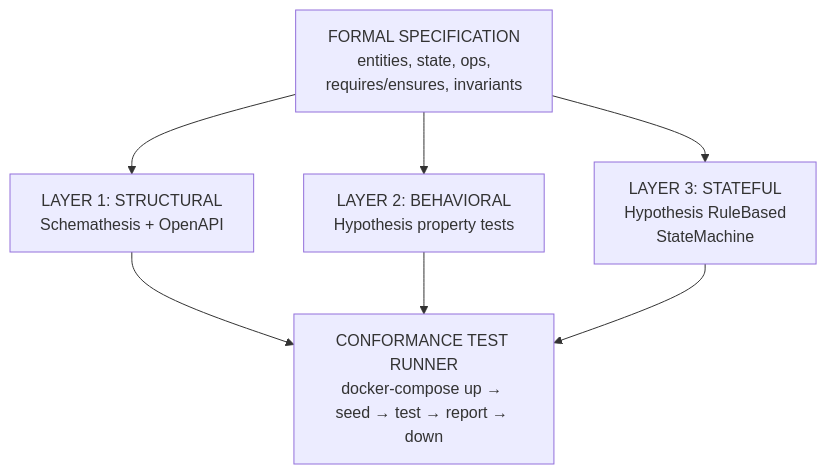
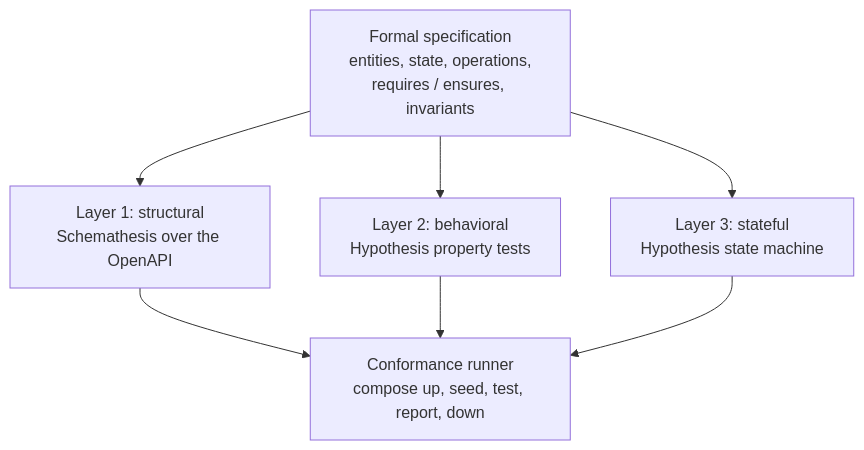
Before and after one commit to HardMax71/spec_to_rest: the diagram in docs/content/docs/research/test_generation/strategy.md, drawn with Mermaid. The commit also changed other lines of this file, not shown here.

First line of the commit message:
docs(research): rewrite the test-generation strategy page

````diff
--- a/docs/content/docs/research/test_generation/strategy.md
+++ b/docs/content/docs/research/test_generation/strategy.md
@@ -12,10 +10,10 @@
 ```mermaid
 flowchart TD
-  Spec["FORMAL SPECIFICATION\nentities, state, ops,\nrequires/ensures, invariants"]
-  Spec --> L1["LAYER 1: STRUCTURAL\nSchemathesis + OpenAPI"]
-  Spec --> L2["LAYER 2: BEHAVIORAL\nHypothesis property tests"]
-  Spec --> L3["LAYER 3: STATEFUL\nHypothesis RuleBased\nStateMachine"]
-  L1 --> Runner["CONFORMANCE TEST RUNNER\ndocker-compose up → seed → test → report → down"]
+  Spec["Formal specification<br/>entities, state, operations,<br/>requires / ensures, invariants"]
+  Spec --> L1["Layer 1: structural<br/>Schemathesis over the OpenAPI"]
+  Spec --> L2["Layer 2: behavioral<br/>Hypothesis property tests"]
+  Spec --> L3["Layer 3: stateful<br/>Hypothesis state machine"]
+  L1 --> Runner["Conformance runner<br/>compose up, seed, test, report, down"]
   L2 --> Runner
   L3 --> Runner
 ```
````
